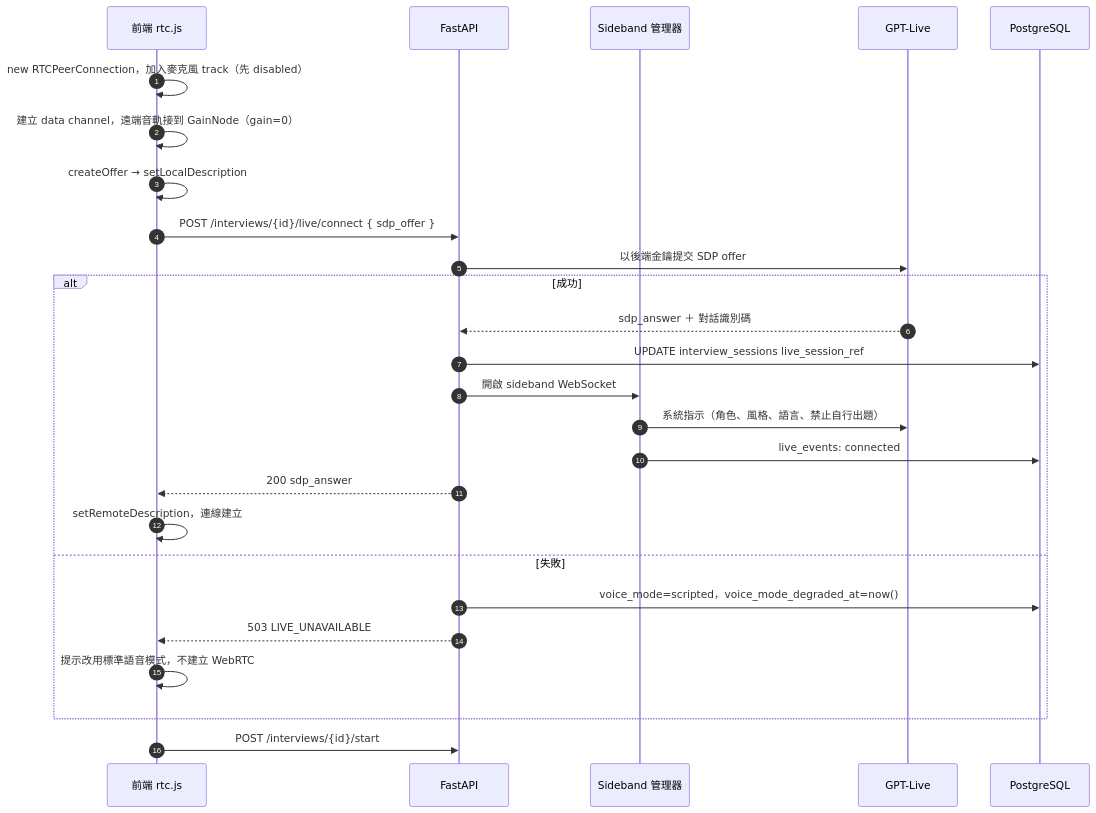
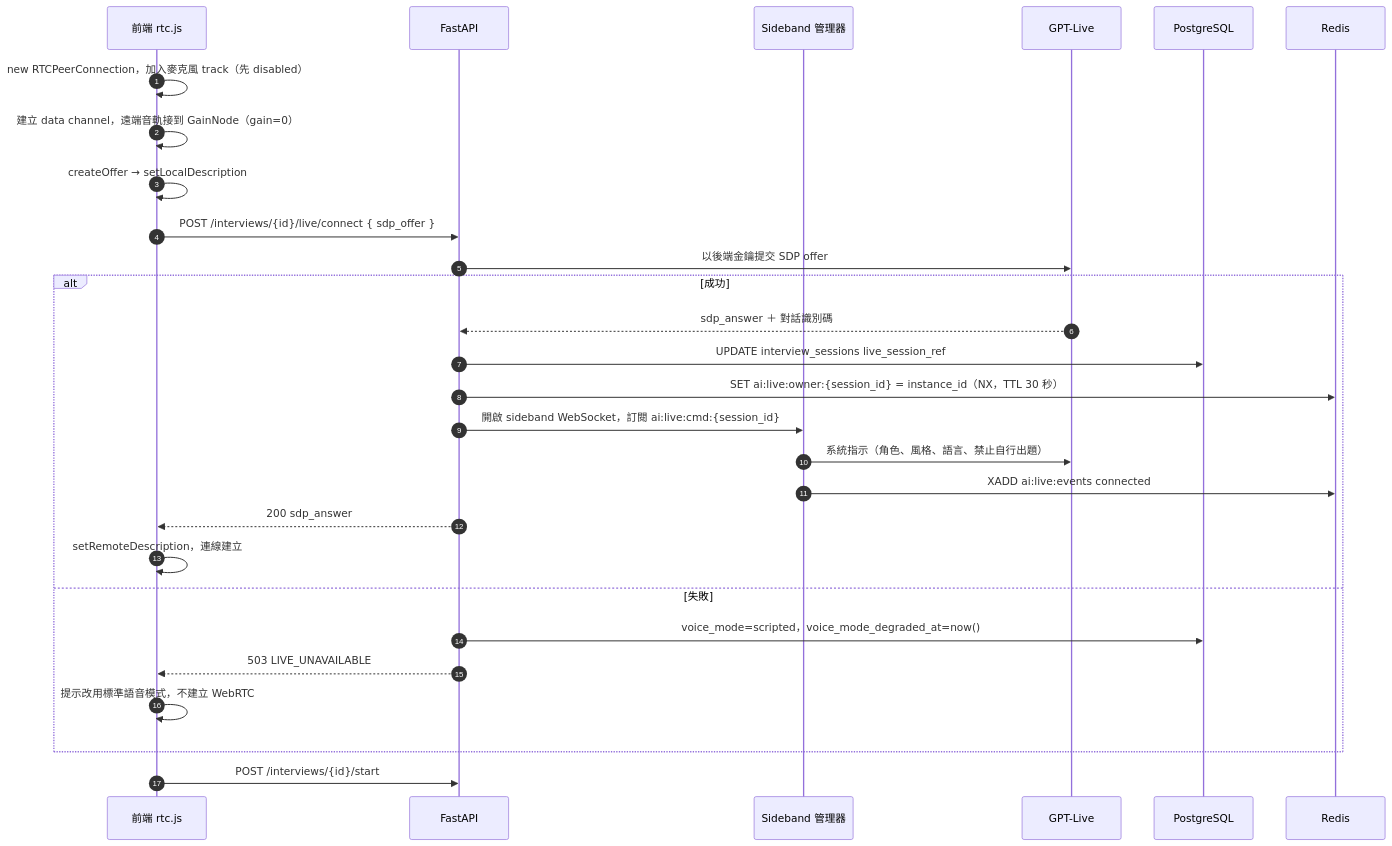
One commit to WilliamTsai1227/AI_Interview changed diagram 11 of 28 in spec/flows.md. Above: the diagram before and after it, drawn with Mermaid. The commit also changed other lines of this file and 3 other files, not shown here.

````diff
--- a/spec/flows.md
+++ b/spec/flows.md
@@ -337,29 +337,31 @@
 ```mermaid
 sequenceDiagram
     autonumber
     participant FE as 前端 rtc.js
     participant API as FastAPI
     participant SB as Sideband 管理器
     participant GL as GPT-Live
     participant DB as PostgreSQL
+    participant RD as Redis
 
     FE->>FE: new RTCPeerConnection，加入麥克風 track（先 disabled）
     FE->>FE: 建立 data channel，遠端音軌接到 GainNode（gain=0）
     FE->>FE: createOffer → setLocalDescription
     FE->>API: POST /interviews/{id}/live/connect { sdp_offer }
     API->>GL: 以後端金鑰提交 SDP offer
     alt 成功
         GL-->>API: sdp_answer ＋ 對話識別碼
         API->>DB: UPDATE interview_sessions live_session_ref
-        API->>SB: 開啟 sideband WebSocket
+        API->>RD: SET ai:live:owner:{session_id} = instance_id（NX，TTL 30 秒）
+        API->>SB: 開啟 sideband WebSocket，訂閱 ai:live:cmd:{session_id}
         SB->>GL: 系統指示（角色、風格、語言、禁止自行出題）
-        SB->>DB: live_events: connected
+        SB->>RD: XADD ai:live:events connected
         API-->>FE: 200 sdp_answer
         FE->>FE: setRemoteDescription，連線建立
     else 失敗
         API->>DB: voice_mode=scripted，voice_mode_degraded_at=now()
         API-->>FE: 503 LIVE_UNAVAILABLE
         FE->>FE: 提示改用標準語音模式，不建立 WebRTC
     end
     FE->>API: POST /interviews/{id}/start
 ```
````
